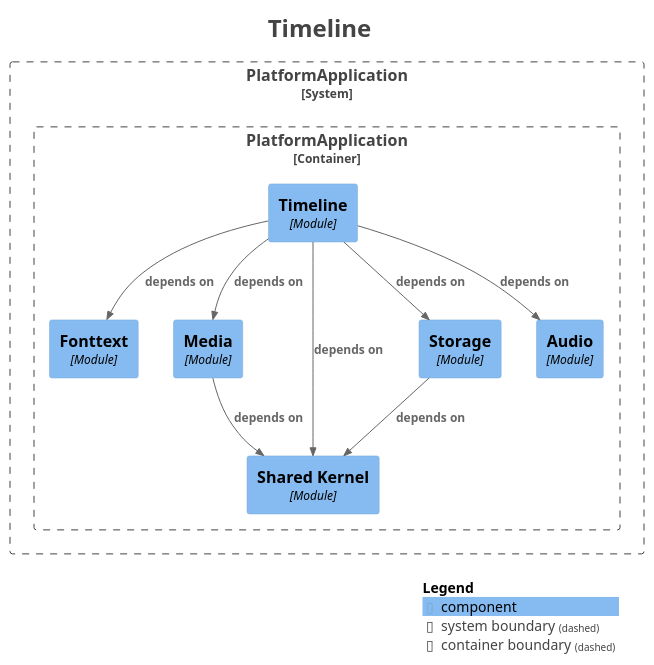
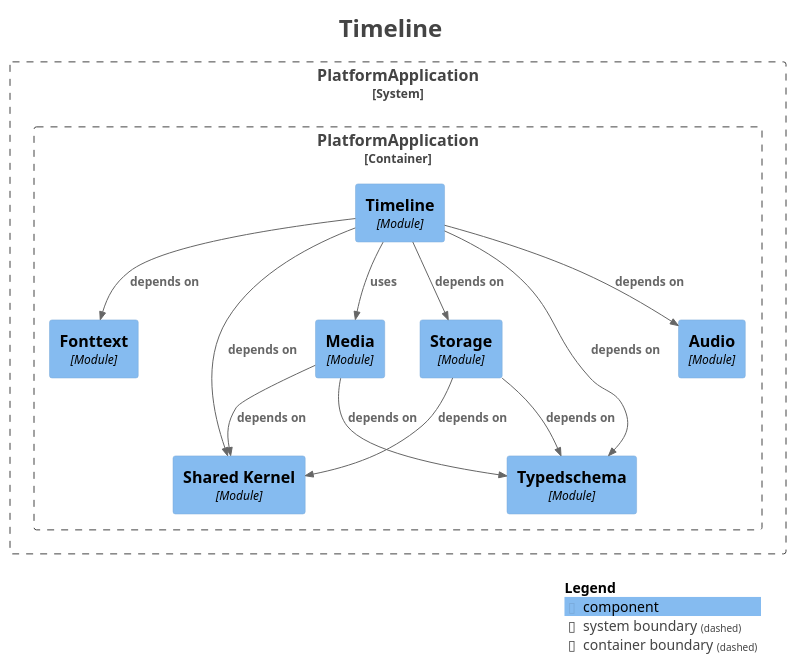
One commit to shangxq007/media-platform changed the diagram in platform-app/docs/architecture/maps/generated/modulith/module-timeline.puml. Above: the diagram before and after it, drawn with PlantUML. The commit also changed 7 other files, not shown here.

First line of the commit message:
fix(gcr1-correction): composition root — scan timeline/operation packages

```diff
--- a/platform-app/docs/architecture/maps/generated/modulith/module-timeline.puml
+++ b/platform-app/docs/architecture/maps/generated/modulith/module-timeline.puml
@@ -1,40 +1,44 @@
 @startuml
 title <size:24>Timeline</size>
 
 set separator none
 top to bottom direction
 
 <style>
   root {
     BackgroundColor: #ffffff
     FontColor: #444444
   }
 </style>
 
 !include <C4/C4>
 !include <C4/C4_Context>
 !include <C4/C4_Component>
 
 System_Boundary("PlatformApplication_boundary", "PlatformApplication", $tags="") {
   Container_Boundary("PlatformApplication.PlatformApplication_boundary", "PlatformApplication", $tags="") {
     Component(PlatformApplication.PlatformApplication.Fonttext, "Fonttext", $techn="Module", $descr="", $tags="", $link="")
     Component(PlatformApplication.PlatformApplication.Media, "Media", $techn="Module", $descr="", $tags="", $link="")
     Component(PlatformApplication.PlatformApplication.SharedKernel, "Shared Kernel", $techn="Module", $descr="", $tags="", $link="")
     Component(PlatformApplication.PlatformApplication.Storage, "Storage", $techn="Module", $descr="", $tags="", $link="")
     Component(PlatformApplication.PlatformApplication.Timeline, "Timeline", $techn="Module", $descr="", $tags="", $link="")
+    Component(PlatformApplication.PlatformApplication.Typedschema, "Typedschema", $techn="Module", $descr="", $tags="", $link="")
     Component(PlatformApplication.PlatformApplication.Audio, "Audio", $techn="Module", $descr="", $tags="", $link="")
   }
 
 }
 
 Rel(PlatformApplication.PlatformApplication.Media, PlatformApplication.PlatformApplication.SharedKernel, "depends on", $techn="", $tags="", $link="")
+Rel(PlatformApplication.PlatformApplication.Media, PlatformApplication.PlatformApplication.Typedschema, "depends on", $techn="", $tags="", $link="")
 Rel(PlatformApplication.PlatformApplication.Storage, PlatformApplication.PlatformApplication.SharedKernel, "depends on", $techn="", $tags="", $link="")
+Rel(PlatformApplication.PlatformApplication.Storage, PlatformApplication.PlatformApplication.Typedschema, "depends on", $techn="", $tags="", $link="")
 Rel(PlatformApplication.PlatformApplication.Timeline, PlatformApplication.PlatformApplication.Audio, "depends on", $techn="", $tags="", $link="")
 Rel(PlatformApplication.PlatformApplication.Timeline, PlatformApplication.PlatformApplication.Fonttext, "depends on", $techn="", $tags="", $link="")
-Rel(PlatformApplication.PlatformApplication.Timeline, PlatformApplication.PlatformApplication.Media, "depends on", $techn="", $tags="", $link="")
+Rel(PlatformApplication.PlatformApplication.Timeline, PlatformApplication.PlatformApplication.Media, "uses", $techn="", $tags="", $link="")
 Rel(PlatformApplication.PlatformApplication.Timeline, PlatformApplication.PlatformApplication.SharedKernel, "depends on", $techn="", $tags="", $link="")
 Rel(PlatformApplication.PlatformApplication.Timeline, PlatformApplication.PlatformApplication.Storage, "depends on", $techn="", $tags="", $link="")
+Rel(PlatformApplication.PlatformApplication.Timeline, PlatformApplication.PlatformApplication.Typedschema, "depends on", $techn="", $tags="", $link="")
 
 SHOW_LEGEND(true)
 hide stereotypes
 @enduml
```
